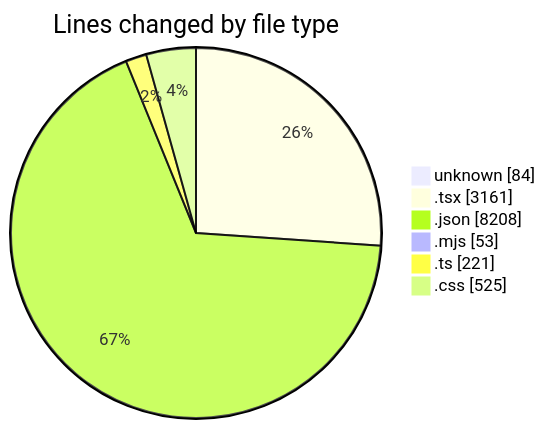
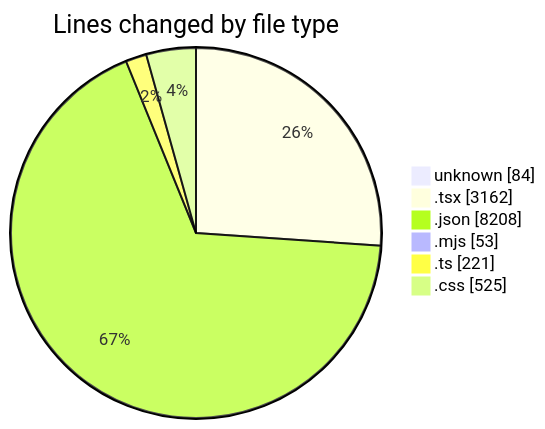
The first of 2 diagrams in 2025-05-15/niten/README.md (Elitesun/code-tracking), drawn with Mermaid before and after one commit. The commit also changed other lines of this file and 1 other file, not shown here.

````diff
--- a/2025-05-15/niten/README.md
+++ b/2025-05-15/niten/README.md
@@ -44,10 +44,10 @@
 ```mermaid
 pie showData
 title Lines changed by file type
 "unknown" : 84
-".tsx" : 3161
+".tsx" : 3162
 ".json" : 8208
 ".mjs" : 53
 ".ts" : 221
 ".css" : 525
 ```
````
